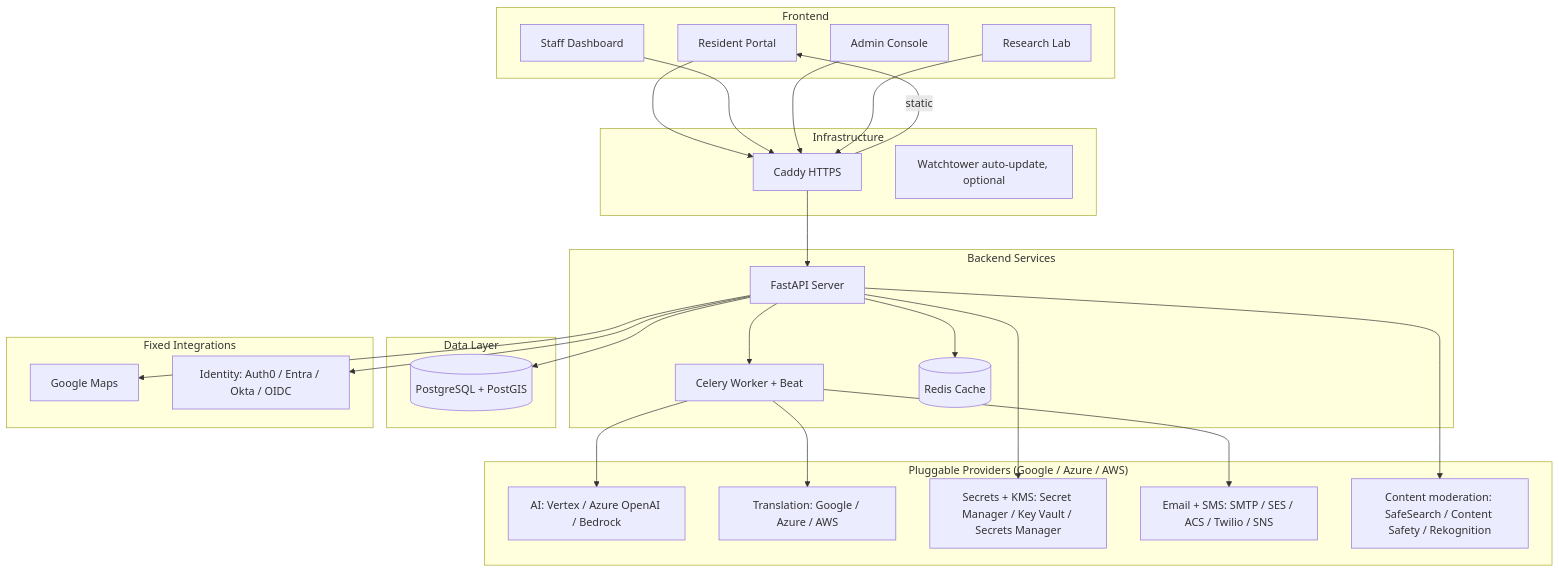
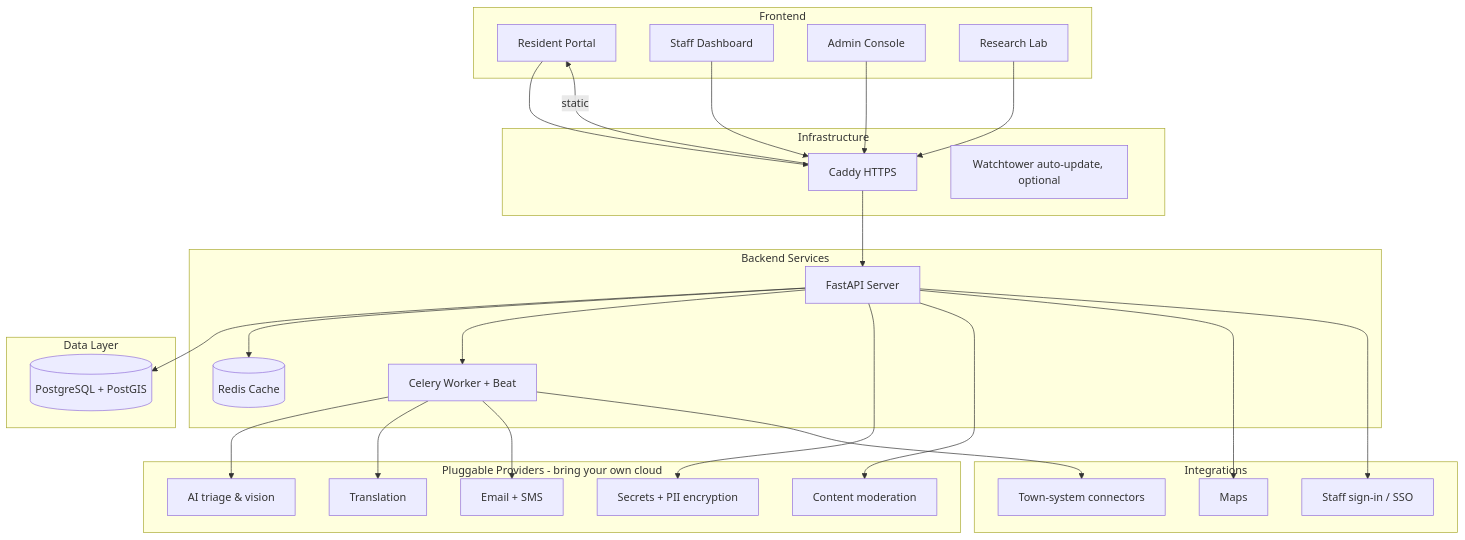
One commit to Pinpoint-311/Pinpoint-311 changed the first of 3 diagrams in README.md. Above: the diagram before and after it, drawn with Mermaid. The commit also changed other lines of this file, not shown here.

````diff
--- a/README.md
+++ b/README.md
@@ -87,57 +137,59 @@
 ```mermaid
 graph TB
     subgraph "Frontend"
         RP[Resident Portal]
         SP[Staff Dashboard]
         AC[Admin Console]
         RL[Research Lab]
     end
 
     subgraph "Backend Services"
         API[FastAPI Server]
         WK[Celery Worker + Beat]
         RD[(Redis Cache)]
     end
 
     subgraph "Data Layer"
         PG[(PostgreSQL + PostGIS)]
     end
 
     subgraph "Infrastructure"
         CD[Caddy HTTPS]
         WT[Watchtower auto-update, optional]
     end
 
-    subgraph "Pluggable Providers (Google / Azure / AWS)"
-        AI[AI: Vertex / Azure OpenAI / Bedrock]
-        TR[Translation: Google / Azure / AWS]
-        SEC[Secrets + KMS: Secret Manager / Key Vault / Secrets Manager]
-        MSG[Email + SMS: SMTP / SES / ACS / Twilio / SNS]
-        MOD[Content moderation: SafeSearch / Content Safety / Rekognition]
+    subgraph "Pluggable Providers - bring your own cloud"
+        AI[AI triage & vision]
+        TR[Translation]
+        SEC[Secrets + PII encryption]
+        MSG[Email + SMS]
+        MOD[Content moderation]
     end
 
-    subgraph "Fixed Integrations"
-        GM[Google Maps]
-        IDP[Identity: Auth0 / Entra / Okta / OIDC]
+    subgraph "Integrations"
+        GM[Maps]
+        IDP[Staff sign-in / SSO]
+        GT[Town-system connectors]
     end
 
     RP --> CD
     SP --> CD
     AC --> CD
     RL --> CD
     CD --> API
     CD --> |static| RP
 
     API --> PG
     API --> RD
     API --> WK
 
     WK --> AI
     WK --> TR
     WK --> MSG
 
     API --> SEC
     API --> MOD
     API --> GM
     API --> IDP
+    WK --> GT
 ```
````
